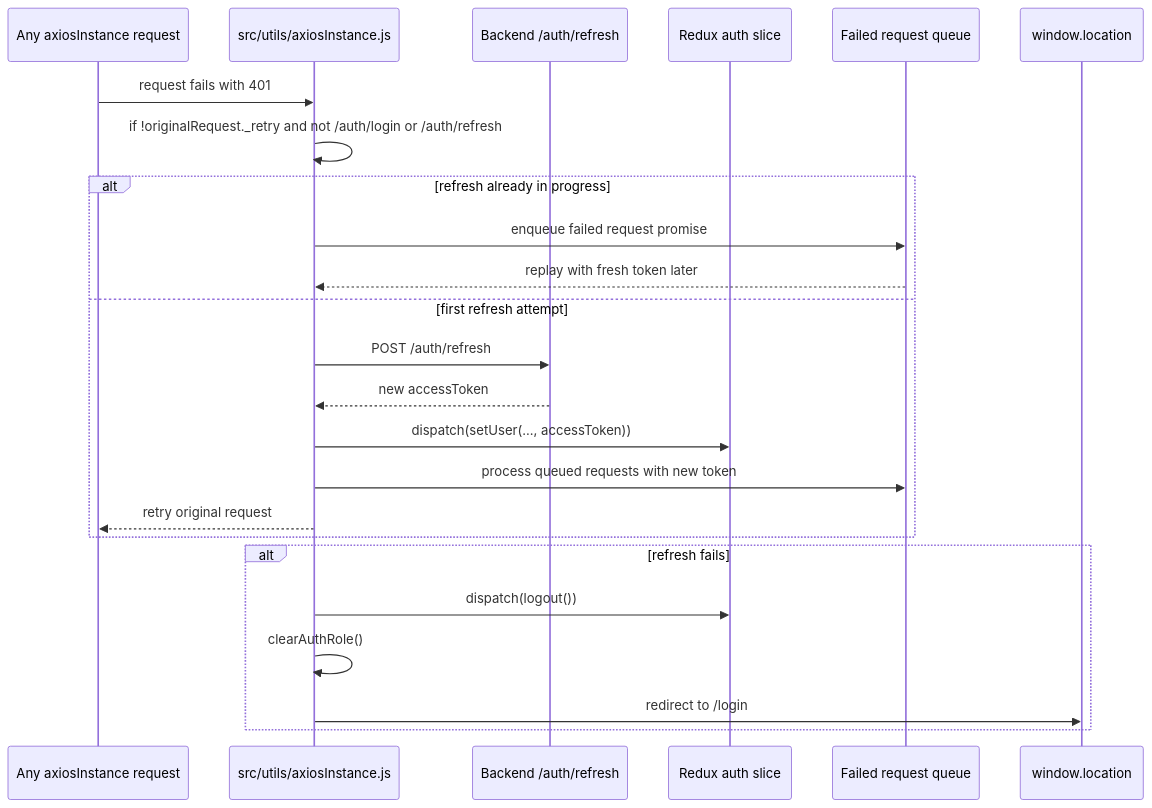
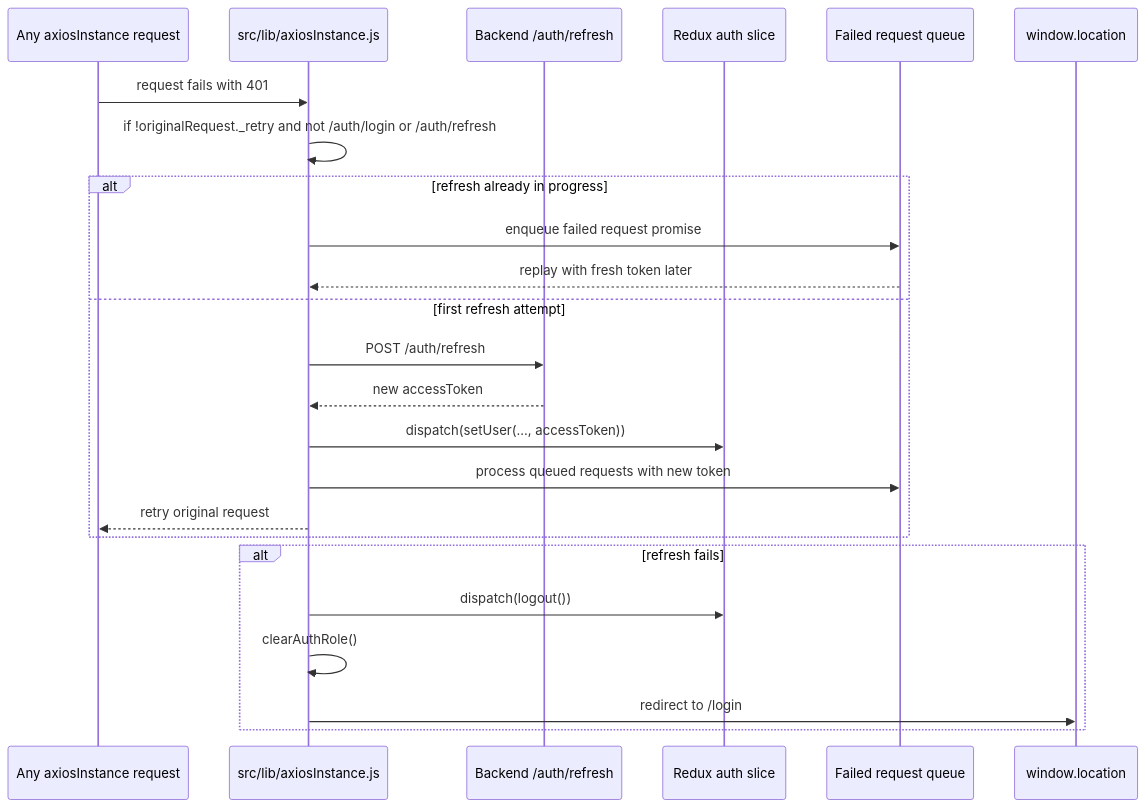
Before and after one commit to anushlobo-git/Leapmentor-frontend: the diagram in docs/diagrams/auth-refresh-flow.md, drawn with Mermaid. The commit also changed other lines of this file and 113 other files, not shown here.

````diff
--- a/docs/diagrams/auth-refresh-flow.md
+++ b/docs/diagrams/auth-refresh-flow.md
@@ -3,27 +3,27 @@
 ```mermaid
 sequenceDiagram
   participant Caller as Any axiosInstance request
-  participant Axios as src/utils/axiosInstance.js
+  participant Axios as src/lib/axiosInstance.js
   participant API as Backend /auth/refresh
   participant Store as Redux auth slice
   participant Queue as Failed request queue
   participant Browser as window.location
 
   Caller->>Axios: request fails with 401
   Axios->>Axios: if !originalRequest._retry and not /auth/login or /auth/refresh
   alt refresh already in progress
     Axios->>Queue: enqueue failed request promise
     Queue-->>Axios: replay with fresh token later
   else first refresh attempt
     Axios->>API: POST /auth/refresh
     API-->>Axios: new accessToken
     Axios->>Store: dispatch(setUser(..., accessToken))
     Axios->>Queue: process queued requests with new token
     Axios-->>Caller: retry original request
   end
   alt refresh fails
     Axios->>Store: dispatch(logout())
     Axios->>Axios: clearAuthRole()
     Axios->>Browser: redirect to /login
   end
 ```
````
